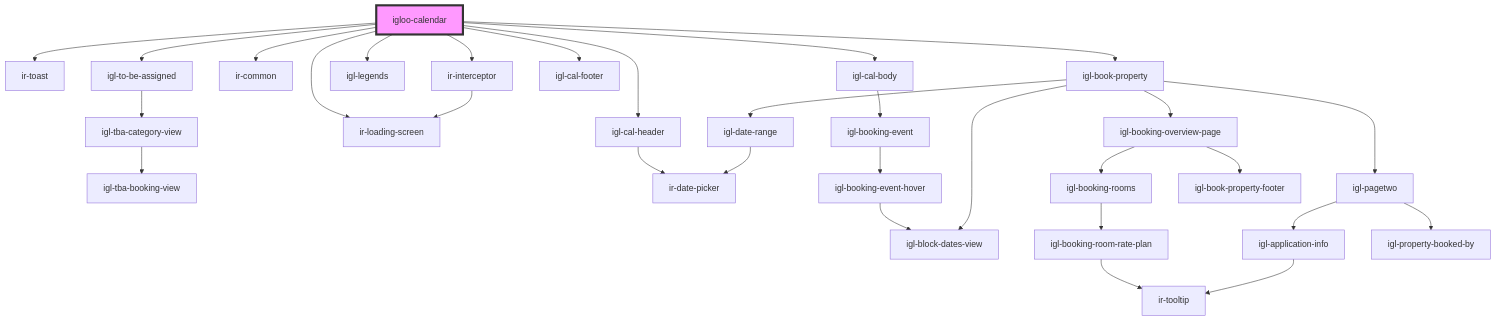
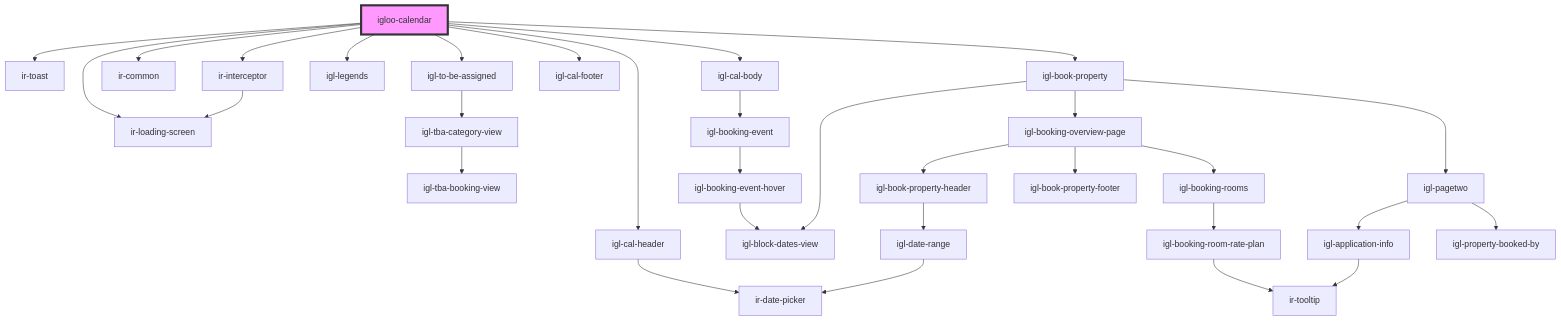
The diagram in src/components/igloo-calendar/readme.md (David1Chowaifaty/modified-ir-webcmp), drawn with Mermaid before and after one commit. The commit also changed 8 other files, not shown here.

````diff
--- a/src/components/igloo-calendar/readme.md
+++ b/src/components/igloo-calendar/readme.md
@@ -46,33 +46,34 @@
 ```mermaid
 graph TD;
   igloo-calendar --> ir-toast
   igloo-calendar --> ir-interceptor
   igloo-calendar --> ir-common
   igloo-calendar --> igl-to-be-assigned
   igloo-calendar --> igl-legends
   igloo-calendar --> igl-cal-header
   igloo-calendar --> igl-cal-body
   igloo-calendar --> igl-cal-footer
   igloo-calendar --> ir-loading-screen
   igloo-calendar --> igl-book-property
   ir-interceptor --> ir-loading-screen
   igl-to-be-assigned --> igl-tba-category-view
   igl-tba-category-view --> igl-tba-booking-view
   igl-cal-header --> ir-date-picker
   igl-cal-body --> igl-booking-event
   igl-booking-event --> igl-booking-event-hover
   igl-booking-event-hover --> igl-block-dates-view
   igl-book-property --> igl-block-dates-view
-  igl-book-property --> igl-date-range
   igl-book-property --> igl-booking-overview-page
   igl-book-property --> igl-pagetwo
-  igl-date-range --> ir-date-picker
+  igl-booking-overview-page --> igl-book-property-header
   igl-booking-overview-page --> igl-booking-rooms
   igl-booking-overview-page --> igl-book-property-footer
+  igl-book-property-header --> igl-date-range
+  igl-date-range --> ir-date-picker
   igl-booking-rooms --> igl-booking-room-rate-plan
   igl-booking-room-rate-plan --> ir-tooltip
   igl-pagetwo --> igl-application-info
   igl-pagetwo --> igl-property-booked-by
   igl-application-info --> ir-tooltip
   style igloo-calendar fill:#f9f,stroke:#333,stroke-width:4px
 ```
````
